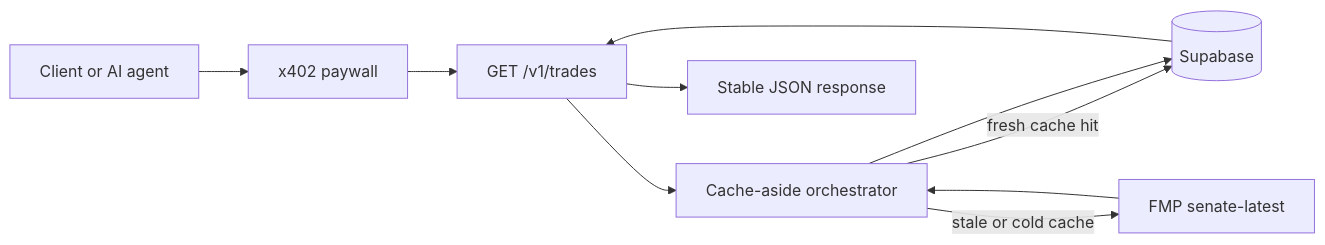
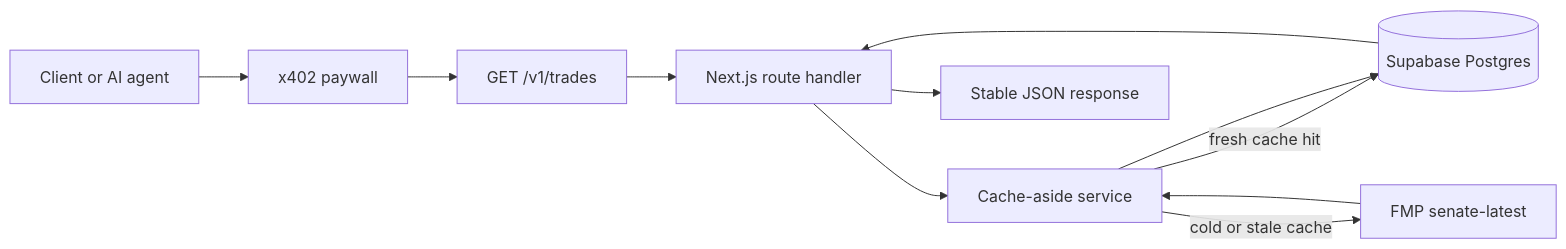
Before and after one commit to blakehendo/capitolgains: the diagram in README.md, drawn with Mermaid. The commit also changed other lines of this file and 8 other files, not shown here.

````diff
--- a/README.md
+++ b/README.md
@@ -9,12 +29,13 @@
 ```mermaid
 flowchart LR
   A[Client or AI agent] --> B[x402 paywall]
   B --> C[GET /v1/trades]
-  C --> D[Cache-aside orchestrator]
-  D -->|fresh cache hit| E[(Supabase)]
-  D -->|stale or cold cache| F[FMP senate-latest]
+  C --> D[Next.js route handler]
+  D --> E[Cache-aside service]
+  E -->|fresh cache hit| F[(Supabase Postgres)]
+  E -->|cold or stale cache| G[FMP senate-latest]
+  G --> E
+  E --> F
   F --> D
-  D --> E
-  E --> C
-  C --> G[Stable JSON response]
+  D --> H[Stable JSON response]
 ```
````
